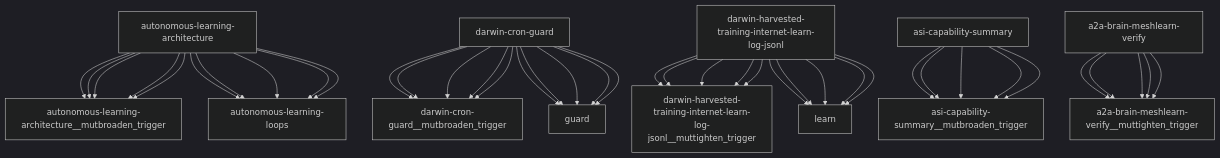
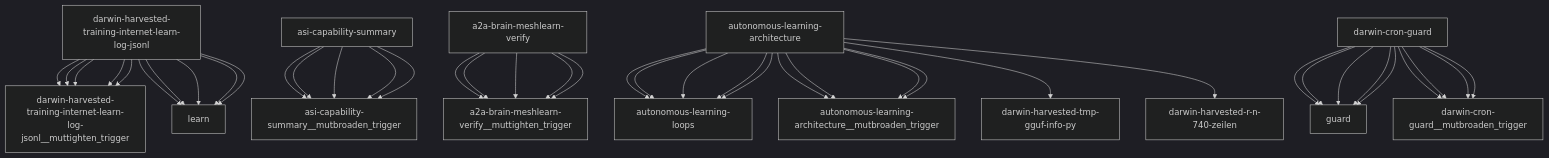
One commit to openamer-max/max-scripts changed the diagram in reports/darwin-report.md. Above: the diagram before and after it, drawn with Mermaid (dark theme). The commit also changed other lines of this file and 7 other files, not shown here.

````diff
--- a/reports/darwin-report.md
+++ b/reports/darwin-report.md
@@ -75,43 +75,43 @@
 ```mermaid
 graph TD
-    autonomous-learning-architecture["autonomous-learning-architecture"] --> autonomous-learning-architecture__mutbroaden_trigger["autonomous-learning-architecture__mutbroaden_trigger"]
-    darwin-cron-guard["darwin-cron-guard"] --> darwin-cron-guard__mutbroaden_trigger["darwin-cron-guard__mutbroaden_trigger"]
     darwin-harvested-training-internet-learn-log-jsonl["darwin-harvested-training-internet-learn-log-jsonl"] --> darwin-harvested-training-internet-learn-log-jsonl__muttighten_trigger["darwin-harvested-training-internet-learn-log-jsonl__muttighten_trigger"]
     asi-capability-summary["asi-capability-summary"] --> asi-capability-summary__mutbroaden_trigger["asi-capability-summary__mutbroaden_trigger"]
     a2a-brain-meshlearn-verify["a2a-brain-meshlearn-verify"] --> a2a-brain-meshlearn-verify__muttighten_trigger["a2a-brain-meshlearn-verify__muttighten_trigger"]
     autonomous-learning-architecture["autonomous-learning-architecture"] --> autonomous-learning-loops["autonomous-learning-loops"]
     darwin-cron-guard["darwin-cron-guard"] --> guard["guard"]
     darwin-harvested-training-internet-learn-log-jsonl["darwin-harvested-training-internet-learn-log-jsonl"] --> learn["learn"]
     autonomous-learning-architecture["autonomous-learning-architecture"] --> autonomous-learning-architecture__mutbroaden_trigger["autonomous-learning-architecture__mutbroaden_trigger"]
     darwin-cron-guard["darwin-cron-guard"] --> darwin-cron-guard__mutbroaden_trigger["darwin-cron-guard__mutbroaden_trigger"]
     darwin-harvested-training-internet-learn-log-jsonl["darwin-harvested-training-internet-learn-log-jsonl"] --> darwin-harvested-training-internet-learn-log-jsonl__muttighten_trigger["darwin-harvested-training-internet-learn-log-jsonl__muttighten_trigger"]
     asi-capability-summary["asi-capability-summary"] --> asi-capability-summary__mutbroaden_trigger["asi-capability-summary__mutbroaden_trigger"]
     a2a-brain-meshlearn-verify["a2a-brain-meshlearn-verify"] --> a2a-brain-meshlearn-verify__muttighten_trigger["a2a-brain-meshlearn-verify__muttighten_trigger"]
     autonomous-learning-architecture["autonomous-learning-architecture"] --> autonomous-learning-loops["autonomous-learning-loops"]
     darwin-cron-guard["darwin-cron-guard"] --> guard["guard"]
     darwin-harvested-training-internet-learn-log-jsonl["darwin-harvested-training-internet-learn-log-jsonl"] --> learn["learn"]
     autonomous-learning-architecture["autonomous-learning-architecture"] --> autonomous-learning-architecture__mutbroaden_trigger["autonomous-learning-architecture__mutbroaden_trigger"]
     darwin-cron-guard["darwin-cron-guard"] --> darwin-cron-guard__mutbroaden_trigger["darwin-cron-guard__mutbroaden_trigger"]
     darwin-harvested-training-internet-learn-log-jsonl["darwin-harvested-training-internet-learn-log-jsonl"] --> darwin-harvested-training-internet-learn-log-jsonl__muttighten_trigger["darwin-harvested-training-internet-learn-log-jsonl__muttighten_trigger"]
     asi-capability-summary["asi-capability-summary"] --> asi-capability-summary__mutbroaden_trigger["asi-capability-summary__mutbroaden_trigger"]
     a2a-brain-meshlearn-verify["a2a-brain-meshlearn-verify"] --> a2a-brain-meshlearn-verify__muttighten_trigger["a2a-brain-meshlearn-verify__muttighten_trigger"]
     autonomous-learning-architecture["autonomous-learning-architecture"] --> autonomous-learning-loops["autonomous-learning-loops"]
     darwin-cron-guard["darwin-cron-guard"] --> guard["guard"]
     darwin-harvested-training-internet-learn-log-jsonl["darwin-harvested-training-internet-learn-log-jsonl"] --> learn["learn"]
     autonomous-learning-architecture["autonomous-learning-architecture"] --> autonomous-learning-architecture__mutbroaden_trigger["autonomous-learning-architecture__mutbroaden_trigger"]
     darwin-cron-guard["darwin-cron-guard"] --> darwin-cron-guard__mutbroaden_trigger["darwin-cron-guard__mutbroaden_trigger"]
     darwin-harvested-training-internet-learn-log-jsonl["darwin-harvested-training-internet-learn-log-jsonl"] --> darwin-harvested-training-internet-learn-log-jsonl__muttighten_trigger["darwin-harvested-training-internet-learn-log-jsonl__muttighten_trigger"]
     asi-capability-summary["asi-capability-summary"] --> asi-capability-summary__mutbroaden_trigger["asi-capability-summary__mutbroaden_trigger"]
     a2a-brain-meshlearn-verify["a2a-brain-meshlearn-verify"] --> a2a-brain-meshlearn-verify__muttighten_trigger["a2a-brain-meshlearn-verify__muttighten_trigger"]
     autonomous-learning-architecture["autonomous-learning-architecture"] --> autonomous-learning-loops["autonomous-learning-loops"]
     darwin-cron-guard["darwin-cron-guard"] --> guard["guard"]
     darwin-harvested-training-internet-learn-log-jsonl["darwin-harvested-training-internet-learn-log-jsonl"] --> learn["learn"]
     autonomous-learning-architecture["autonomous-learning-architecture"] --> autonomous-learning-architecture__mutbroaden_trigger["autonomous-learning-architecture__mutbroaden_trigger"]
     darwin-cron-guard["darwin-cron-guard"] --> darwin-cron-guard__mutbroaden_trigger["darwin-cron-guard__mutbroaden_trigger"]
     darwin-harvested-training-internet-learn-log-jsonl["darwin-harvested-training-internet-learn-log-jsonl"] --> darwin-harvested-training-internet-learn-log-jsonl__muttighten_trigger["darwin-harvested-training-internet-learn-log-jsonl__muttighten_trigger"]
     asi-capability-summary["asi-capability-summary"] --> asi-capability-summary__mutbroaden_trigger["asi-capability-summary__mutbroaden_trigger"]
     a2a-brain-meshlearn-verify["a2a-brain-meshlearn-verify"] --> a2a-brain-meshlearn-verify__muttighten_trigger["a2a-brain-meshlearn-verify__muttighten_trigger"]
+    autonomous-learning-architecture["autonomous-learning-architecture"] --> darwin-harvested-tmp-gguf-info-py["darwin-harvested-tmp-gguf-info-py"]
+    autonomous-learning-architecture["autonomous-learning-architecture"] --> darwin-harvested-r-n-740-zeilen["darwin-harvested-r-n-740-zeilen"]
     autonomous-learning-architecture["autonomous-learning-architecture"] --> autonomous-learning-loops["autonomous-learning-loops"]
     darwin-cron-guard["darwin-cron-guard"] --> guard["guard"]
     darwin-harvested-training-internet-learn-log-jsonl["darwin-harvested-training-internet-learn-log-jsonl"] --> learn["learn"]
 ```
````
